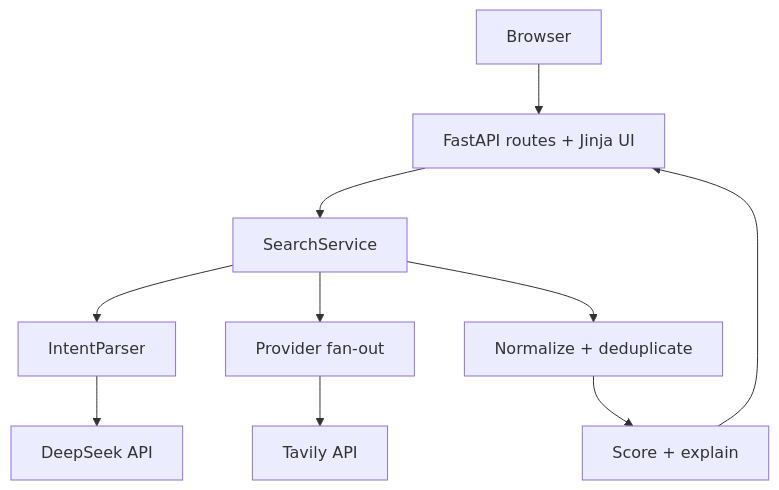
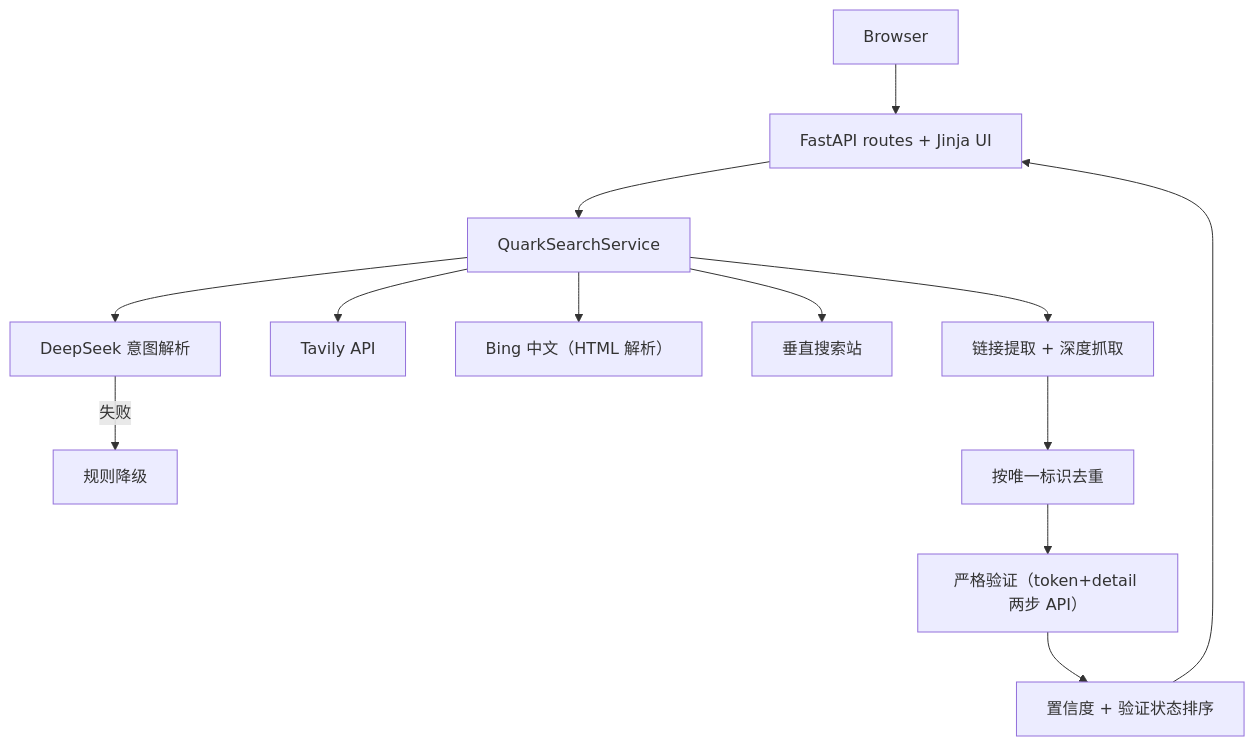
One commit to czczccc/QueryPilot changed the diagram in docs/DEVELOPMENT.md. Above: the diagram before and after it, drawn with Mermaid. The commit also changed other lines of this file and 3 other files, not shown here.

````diff
--- a/docs/DEVELOPMENT.md
+++ b/docs/DEVELOPMENT.md
@@ -32,12 +32,15 @@
 ```mermaid
 flowchart TD
     Browser["Browser"] --> Web["FastAPI routes + Jinja UI"]
-    Web --> Service["SearchService"]
-    Service --> Parser["IntentParser"]
-    Service --> Providers["Provider fan-out"]
-    Parser --> DeepSeek["DeepSeek API"]
-    Providers --> Tavily["Tavily API"]
-    Service --> Normalizer["Normalize + deduplicate"]
-    Normalizer --> Ranker["Score + explain"]
-    Ranker --> Web
+    Web --> Service["QuarkSearchService"]
+    Service --> Parser["DeepSeek 意图解析"]
+    Parser -->|失败| Fallback["规则降级"]
+    Service --> Tavily["Tavily API"]
+    Service --> Bing["Bing 中文（HTML 解析）"]
+    Service --> Qkyunso["垂直搜索站"]
+    Service --> Extract["链接提取 + 深度抓取"]
+    Extract --> Dedupe["按唯一标识去重"]
+    Dedupe --> Verify["严格验证（token+detail 两步 API）"]
+    Verify --> Sort["置信度 + 验证状态排序"]
+    Sort --> Web
 ```
````
